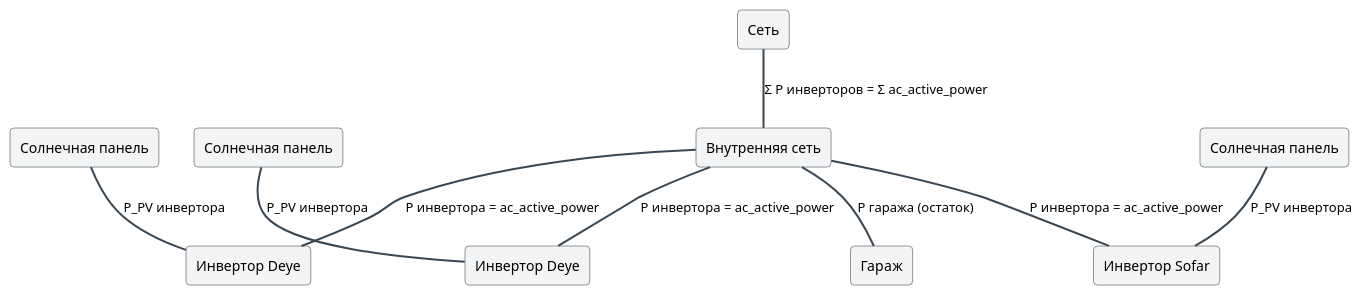
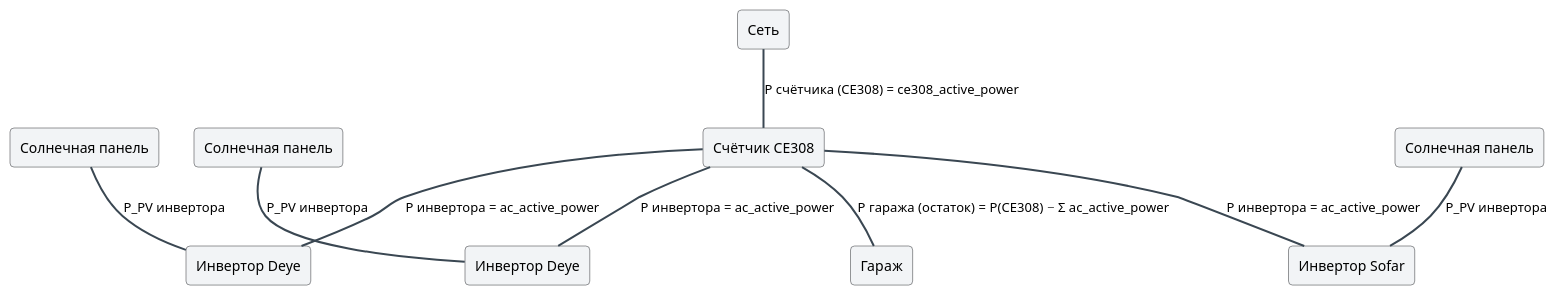
The diagram in animation/schemes/scheme-garage.puml (galiy/sunReceiver), drawn with PlantUML before and after one commit. The commit also changed 5 other files, not shown here.

Commit message:
Анимация Гаража: счётчик CE308 между сетью и развилкой; мощность в гараж = P(CE308) − Σac(инверторы)

```diff
--- a/animation/schemes/scheme-garage.puml
+++ b/animation/schemes/scheme-garage.puml
@@ -1,44 +1,45 @@
 @startuml
 '
-' Общая схема №2: Сеть → «Внутренняя сеть» → Гараж + инверторы.
-' «Внутренняя сеть» соединяет Сеть, Гараж и все инверторы (в гараже).
+' Общая схема №2: Сеть → Счётчик CE308 (развилка) → Гараж + инверторы.
+' Счётчик CE308 — соединитель: он связывает Сеть, Гараж и все инверторы (в гараже).
+' Развилка — в точке счётчика: одна линия вправо в Гараж, вторая вниз к шине инверторов.
 '
 ' Связи — ЛИНИИ (не стрелки): мощность может идти в обе стороны.
 ' Каждая связь = анимированная линия с бегущим током и подписью мощности (1/с).
 '
 top to bottom direction
 
 skinparam rectangle {
   BackgroundColor #f2f4f6
   BorderColor #2c2f33
   RoundCorner 8
 }
 skinparam arrow {
   Color #3a4752
   Thickness 2
 }
 skinparam shadowing false
 
 rectangle "Сеть" as grid
-rectangle "Внутренняя сеть" as inner
+rectangle "Счётчик CE308" as meter
 rectangle "Гараж" as garage
 
-grid -- inner : "Σ P инверторов = Σ ac_active_power"
-inner -- garage : "P гаража (остаток)"
+grid -- meter : "P счётчика (CE308) = ce308_active_power"
+meter -- garage : "P гаража (остаток) = P(CE308) − Σ ac_active_power"
 
 rectangle "Инвертор Sofar" as inv1
 rectangle "Инвертор Deye" as inv2
 rectangle "Инвертор Deye" as inv3
 
 rectangle "Солнечная панель" as pv1
 rectangle "Солнечная панель" as pv2
 rectangle "Солнечная панель" as pv3
 
-inner -- inv1 : "P инвертора = ac_active_power"
-inner -- inv2 : "P инвертора = ac_active_power"
-inner -- inv3 : "P инвертора = ac_active_power"
+meter -- inv1 : "P инвертора = ac_active_power"
+meter -- inv2 : "P инвертора = ac_active_power"
+meter -- inv3 : "P инвертора = ac_active_power"
 pv1 -- inv1 : "P_PV инвертора"
 pv2 -- inv2 : "P_PV инвертора"
 pv3 -- inv3 : "P_PV инвертора"
 
 @enduml
```
